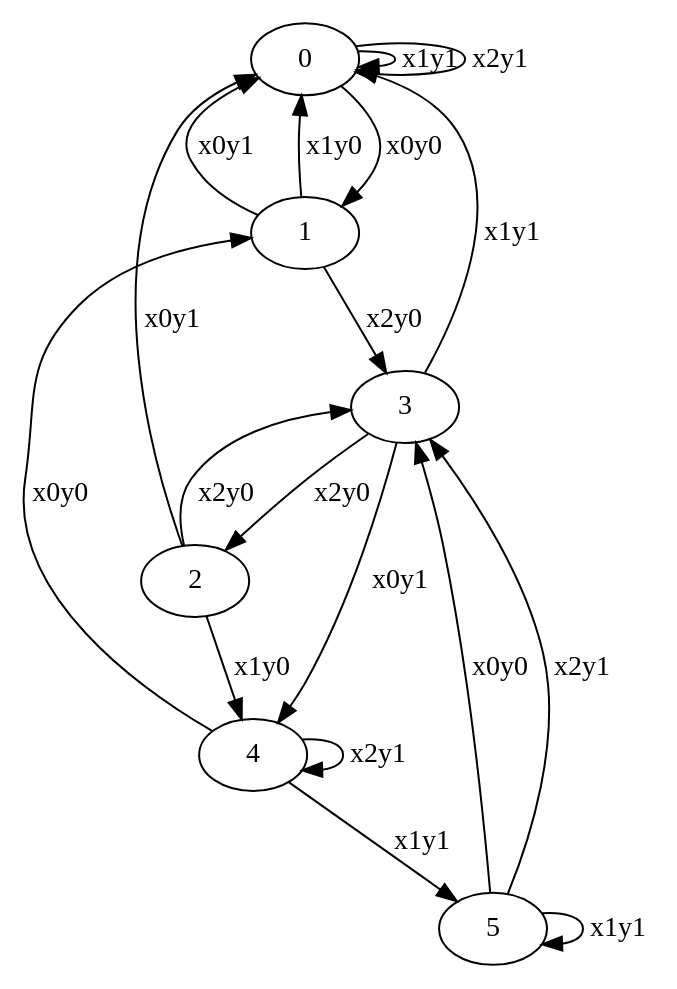
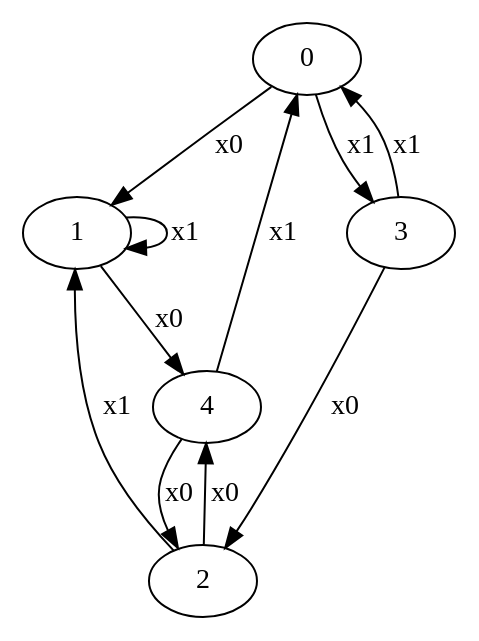
The diagram in minimiz/graph.dot (waslost0/tafl), drawn with Graphviz before and after one commit. The commit also changed 28 other files, not shown here.

Commit message:
draw mealy graph

```diff
--- a/minimiz/graph.dot
+++ b/minimiz/graph.dot
@@ -1,20 +1,12 @@
 digraph {
-	0 -> 1[label=x0y0];
-	0 -> 0[label=x1y1];
-	0 -> 0[label=x2y1];
-	1 -> 0[label=x0y1];
-	1 -> 0[label=x1y0];
-	1 -> 3[label=x2y0];
-	2 -> 0[label=x0y1];
-	2 -> 4[label=x1y0];
-	2 -> 3[label=x2y0];
-	3 -> 4[label=x0y1];
-	3 -> 0[label=x1y1];
-	3 -> 2[label=x2y0];
-	4 -> 1[label=x0y0];
-	4 -> 5[label=x1y1];
-	4 -> 4[label=x2y1];
-	5 -> 3[label=x0y0];
-	5 -> 5[label=x1y1];
-	5 -> 3[label=x2y1];
+	0 -> 1[label=x0];
+	0 -> 3[label=x1];
+	1 -> 4[label=x0];
+	1 -> 1[label=x1];
+	2 -> 4[label=x0];
+	2 -> 1[label=x1];
+	3 -> 2[label=x0];
+	3 -> 0[label=x1];
+	4 -> 2[label=x0];
+	4 -> 0[label=x1];
 }
```
